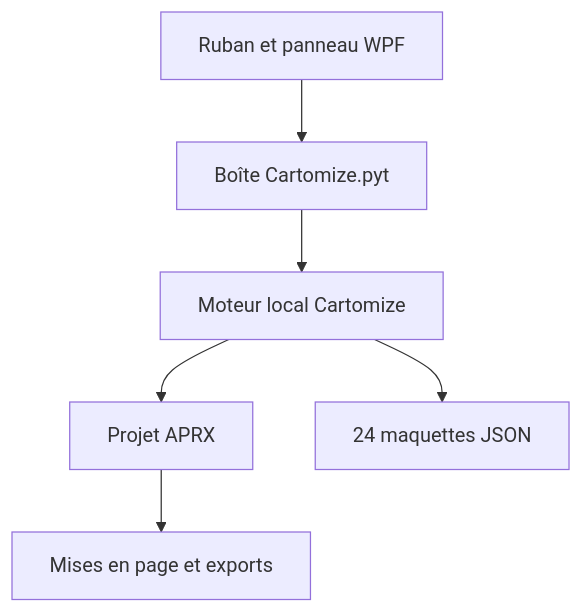
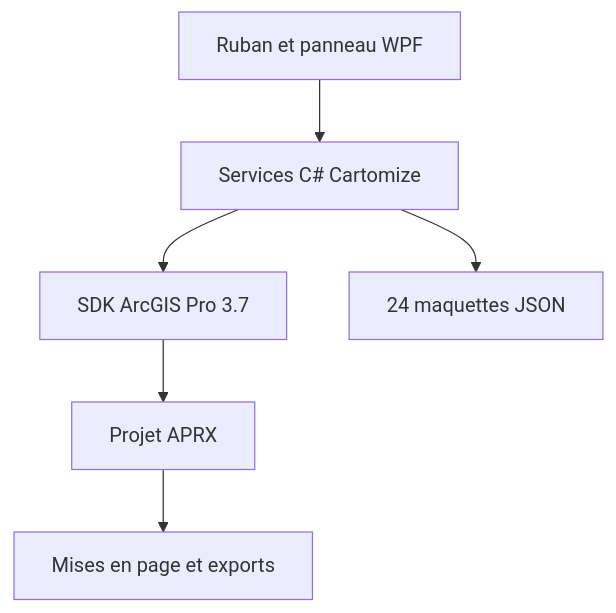
The diagram in arcgis-build/source/docs/ARCHITECTURE.md (cedrick14/cartomize-qgis), drawn with Mermaid before and after one commit. The commit also changed other lines of this file and 9 other files, not shown here.

````diff
--- a/arcgis-build/source/docs/ARCHITECTURE.md
+++ b/arcgis-build/source/docs/ARCHITECTURE.md
@@ -15,8 +19,8 @@
 ```mermaid
 flowchart TD
-    UI["Ruban et panneau WPF"] --> GP["Boîte Cartomize.pyt"]
-    GP --> CORE["Moteur local Cartomize"]
-    CORE --> APRX["Projet APRX"]
+    UI["Ruban et panneau WPF"] --> CORE["Services C# Cartomize"]
+    CORE --> API["SDK ArcGIS Pro 3.7"]
+    API --> APRX["Projet APRX"]
     CORE --> TPL["24 maquettes JSON"]
     APRX --> OUT["Mises en page et exports"]
 ```
````
